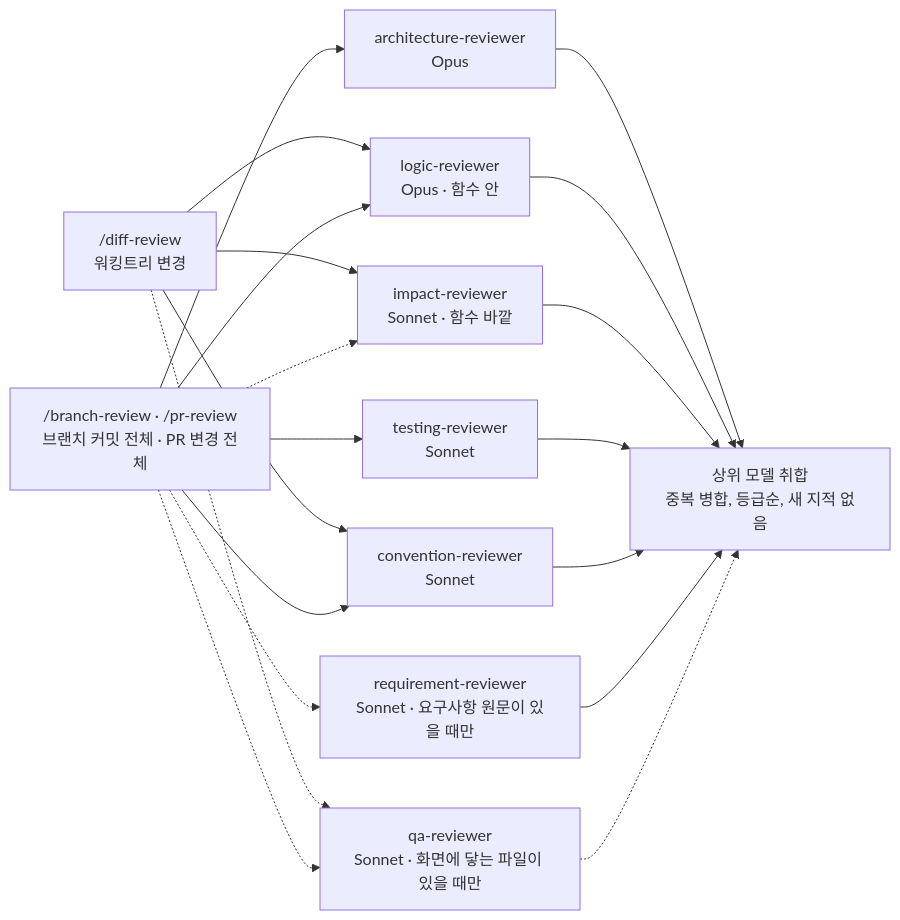
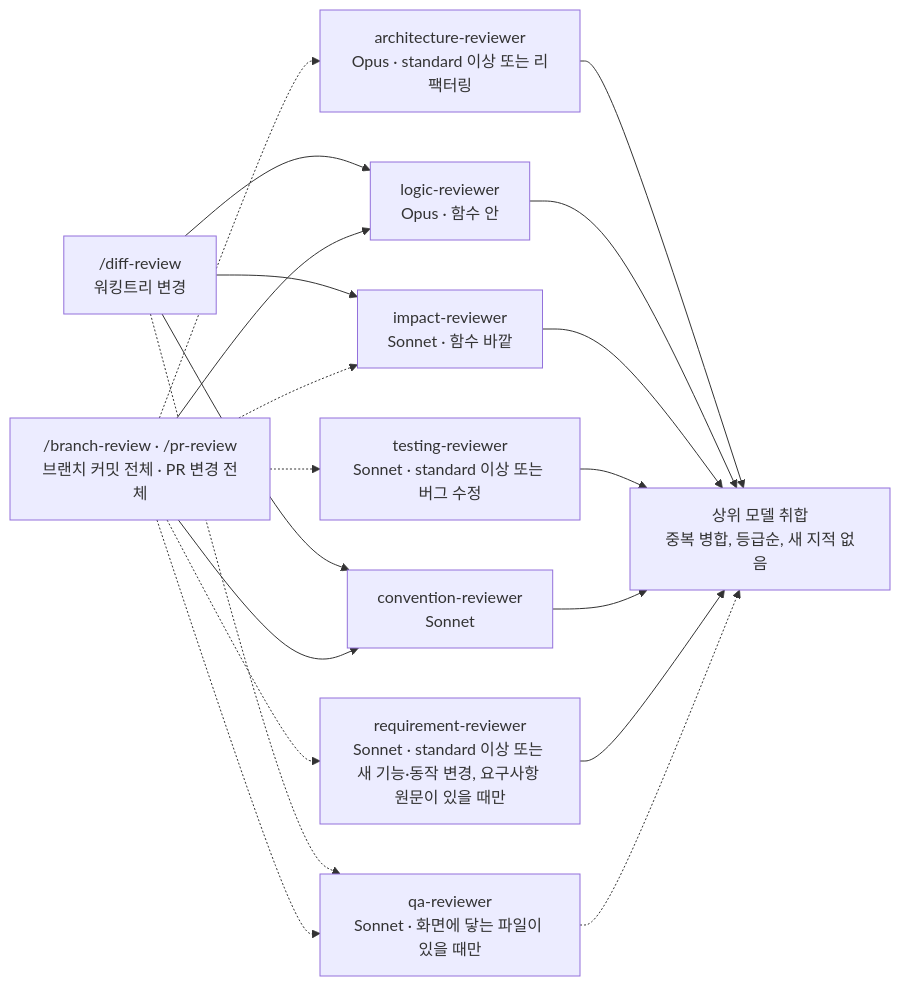
Before and after one commit to 1Dohyeon/claude-sync: the second of 2 diagrams in README.md, drawn with Mermaid. The commit also changed other lines of this file and 9 other files, not shown here.

````diff
--- a/README.md
+++ b/README.md
@@ -110,23 +110,23 @@
 ```mermaid
 flowchart LR
     D["/diff-review<br/>워킹트리 변경"] --> LG["logic-reviewer<br/>Opus · 함수 안"]
     D --> IM["impact-reviewer<br/>Sonnet · 함수 바깥"]
     D --> CV["convention-reviewer<br/>Sonnet"]
     D -.-> QA["qa-reviewer<br/>Sonnet · 화면에 닿는 파일이 있을 때만"]
 
-    BP["/branch-review · /pr-review<br/>브랜치 커밋 전체 · PR 변경 전체"] --> AR["architecture-reviewer<br/>Opus"]
+    BP["/branch-review · /pr-review<br/>브랜치 커밋 전체 · PR 변경 전체"] -.-> AR["architecture-reviewer<br/>Opus · standard 이상 또는 리팩터링"]
     BP --> LG
-    BP --> TS["testing-reviewer<br/>Sonnet"]
+    BP -.-> TS["testing-reviewer<br/>Sonnet · standard 이상 또는 버그 수정"]
     BP --> CV
     BP -.-> IM
-    BP -.-> RQ["requirement-reviewer<br/>Sonnet · 요구사항 원문이 있을 때만"]
+    BP -.-> RQ["requirement-reviewer<br/>Sonnet · standard 이상 또는 새 기능·동작 변경, 요구사항 원문이 있을 때만"]
     BP -.-> QA
 
     AR --> M["상위 모델 취합<br/>중복 병합, 등급순, 새 지적 없음"]
     LG --> M
     IM --> M
     TS --> M
     CV --> M
     RQ --> M
     QA -.-> M
 ```
````
